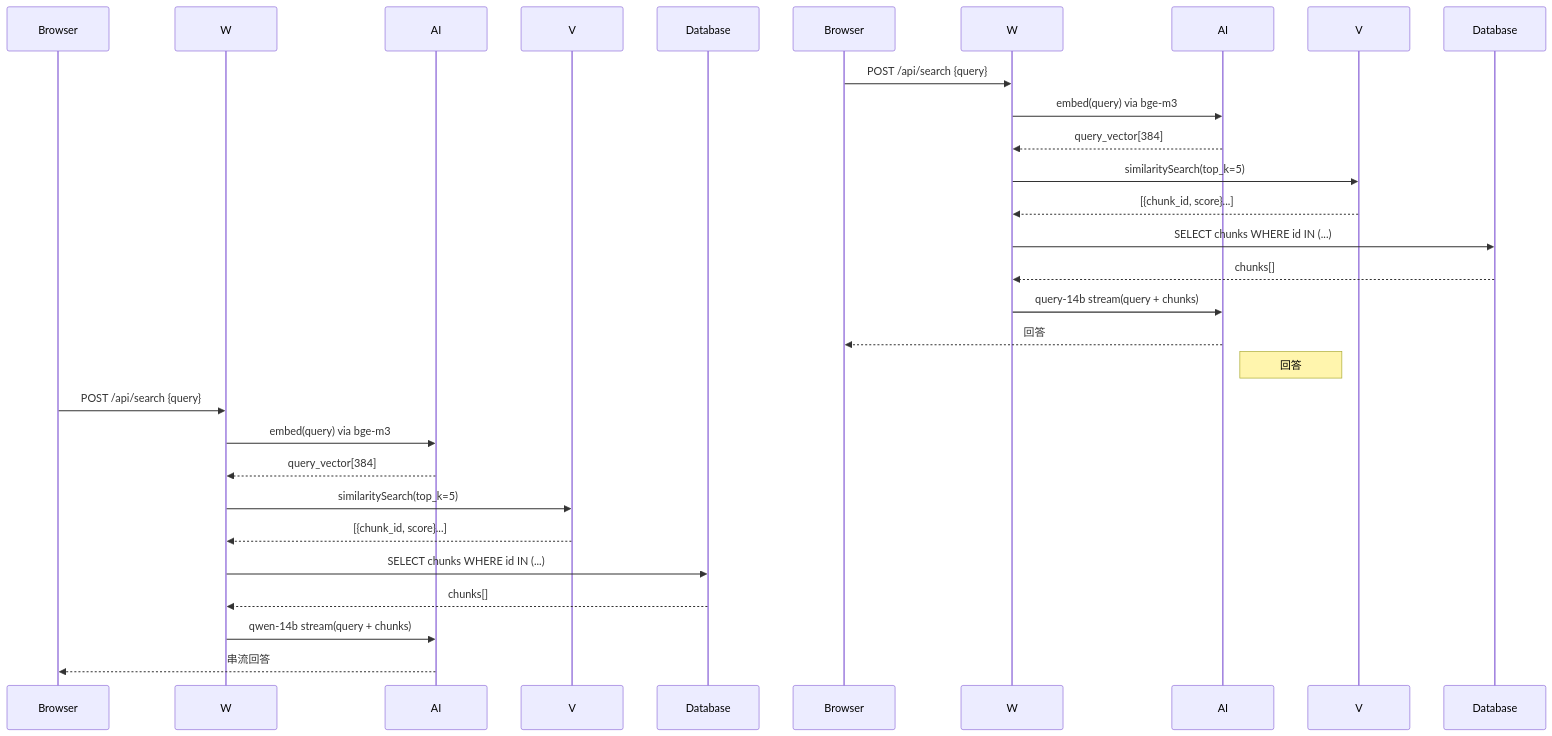
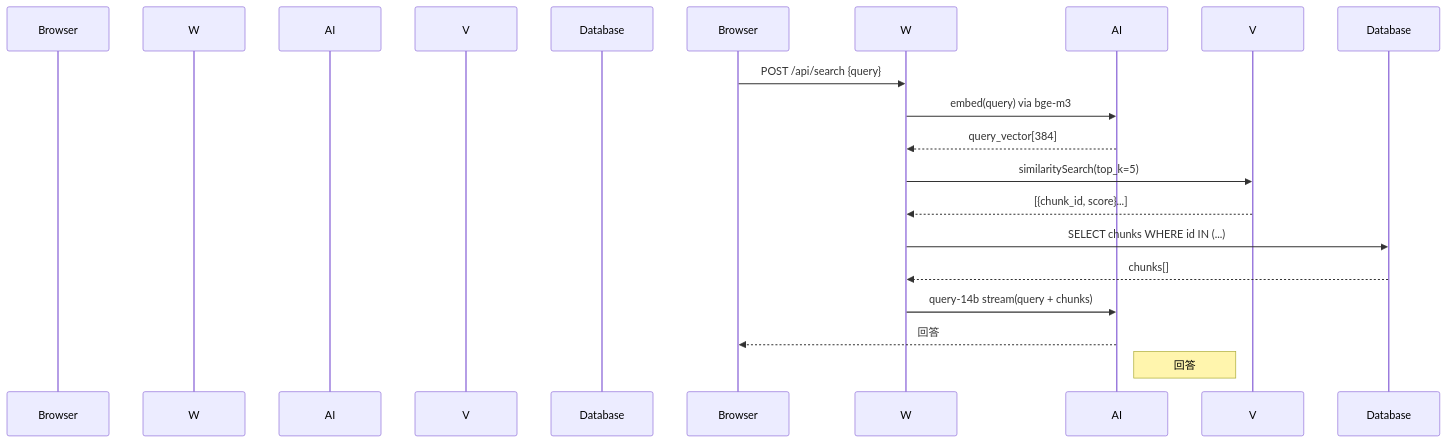
The second of 2 diagrams in src/content/posts/tech/2026-04-20-this-blog-tooling.md (a920604a/engineernews), drawn with Mermaid before and after one commit. The commit also changed 7 other files, not shown here.

Commit message:
fix: auto-fix mermaid syntax errors in posts

````diff
--- a/src/content/posts/tech/2026-04-20-this-blog-tooling.md
+++ b/src/content/posts/tech/2026-04-20-this-blog-tooling.md
@@ -132,32 +132,18 @@
 ```mermaid
 sequenceDiagram
   participant 瀏覽器 as Browser
   participant Worker as W
   participant WorkersAI as AI
   participant Vectorize as V
   participant D1 as Database
   Browser->>W: POST /api/search {query}
   W->>AI: embed(query) via bge-m3
   AI-->>W: query_vector[384]
   W->>V: similaritySearch(top_k=5)
   V-->>W: [{chunk_id, score}...]
   W->>Database: SELECT chunks WHERE id IN (...)
   Database-->>W: chunks[]
   W->>AI: query-14b stream(query + chunks)
   AI-->>Browser: 回答
   note right of AI: 回答
-  participant 瀏覽器
-  participant Worker
-  participant WorkersAI
-  participant Vectorize
-  participant D1
-  瀏覽器->>Worker: POST /api/search {query}
-  Worker->>WorkersAI: embed(query) via bge-m3
-  WorkersAI-->>Worker: query_vector[384]
-  Worker->>Vectorize: similaritySearch(top_k=5)
-  Vectorize-->>Worker: [{chunk_id, score}...]
-  Worker->>D1: SELECT chunks WHERE id IN (...)
-  D1-->>Worker: chunks[]
-  Worker->>WorkersAI: qwen-14b stream(query + chunks)
-  WorkersAI-->>瀏覽器: 串流回答
 ```
````
